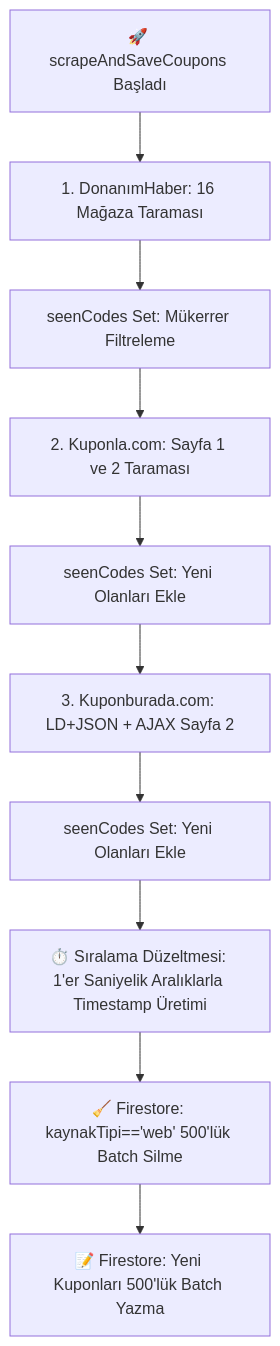
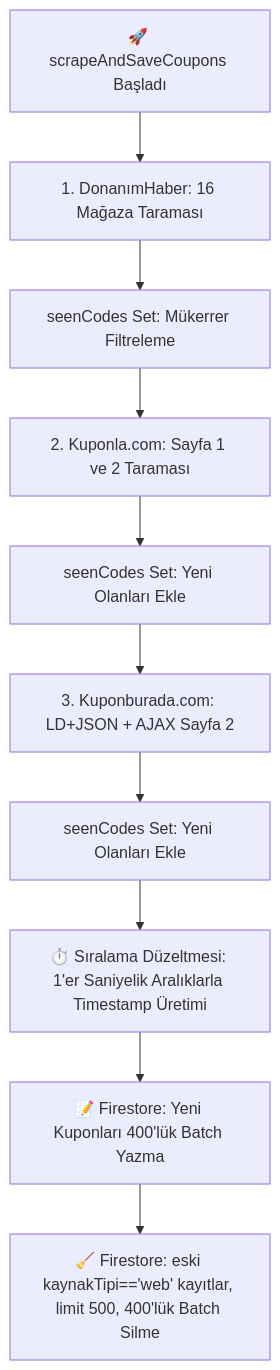
One commit to gky61/s-cak-f-rsatlar changed the fourth of 5 diagrams in documentation/kuponlar/kuponlar_modulu_rehberi.md. Above: the diagram before and after it, drawn with Mermaid. The commit also changed other lines of this file and 2 other files, not shown here.

````diff
--- a/documentation/kuponlar/kuponlar_modulu_rehberi.md
+++ b/documentation/kuponlar/kuponlar_modulu_rehberi.md
@@ -375,15 +382,15 @@
 ```mermaid
 graph TD
     Start[🚀 scrapeAndSaveCoupons Başladı] --> S1[1. DonanımHaber: 16 Mağaza Taraması]
     S1 --> Dedup1[seenCodes Set: Mükerrer Filtreleme]
     
     Dedup1 --> S2[2. Kuponla.com: Sayfa 1 ve 2 Taraması]
     S2 --> Dedup2[seenCodes Set: Yeni Olanları Ekle]
     
     Dedup2 --> S3[3. Kuponburada.com: LD+JSON + AJAX Sayfa 2]
     S3 --> Dedup3[seenCodes Set: Yeni Olanları Ekle]
     
     Dedup3 --> Order[⏱️ Sıralama Düzeltmesi: 1'er Saniyelik Aralıklarla Timestamp Üretimi]
-    Order --> DelOld[🧹 Firestore: kaynakTipi=='web' 500'lük Batch Silme]
-    DelOld --> WriteNew[📝 Firestore: Yeni Kuponları 500'lük Batch Yazma]
+    Order --> WriteNew[📝 Firestore: Yeni Kuponları 400'lük Batch Yazma]
+    WriteNew --> DelOld[🧹 Firestore: eski kaynakTipi=='web' kayıtlar, limit 500, 400'lük Batch Silme]
 ```
````
